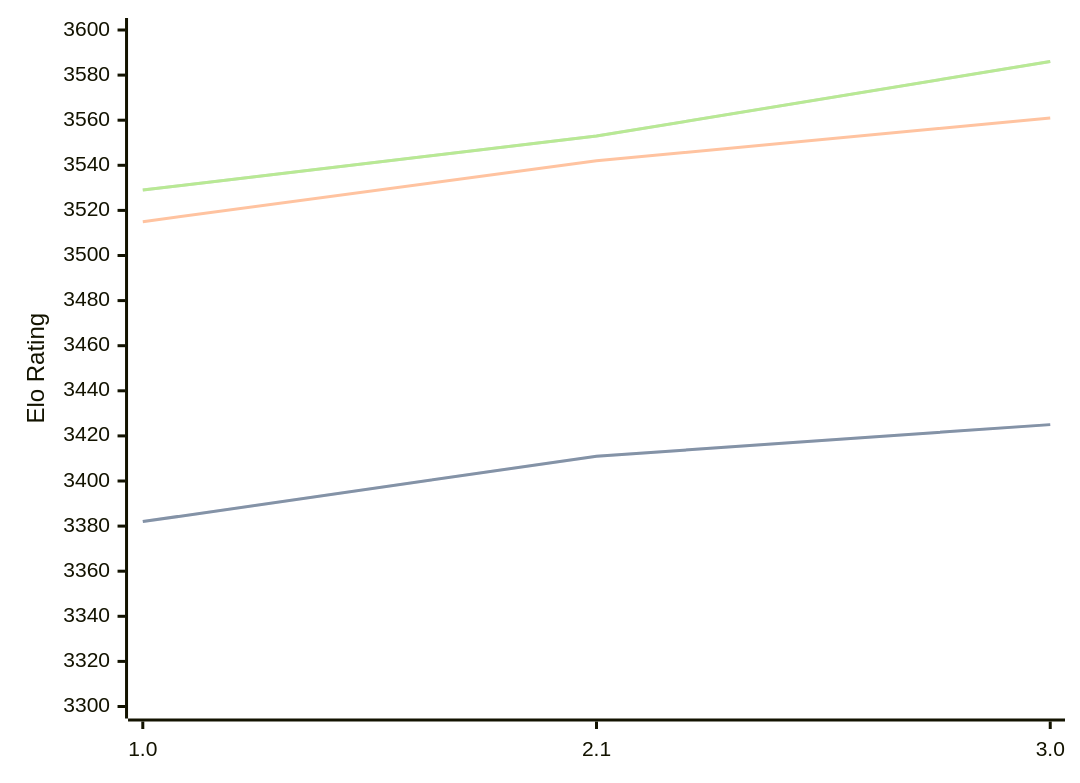
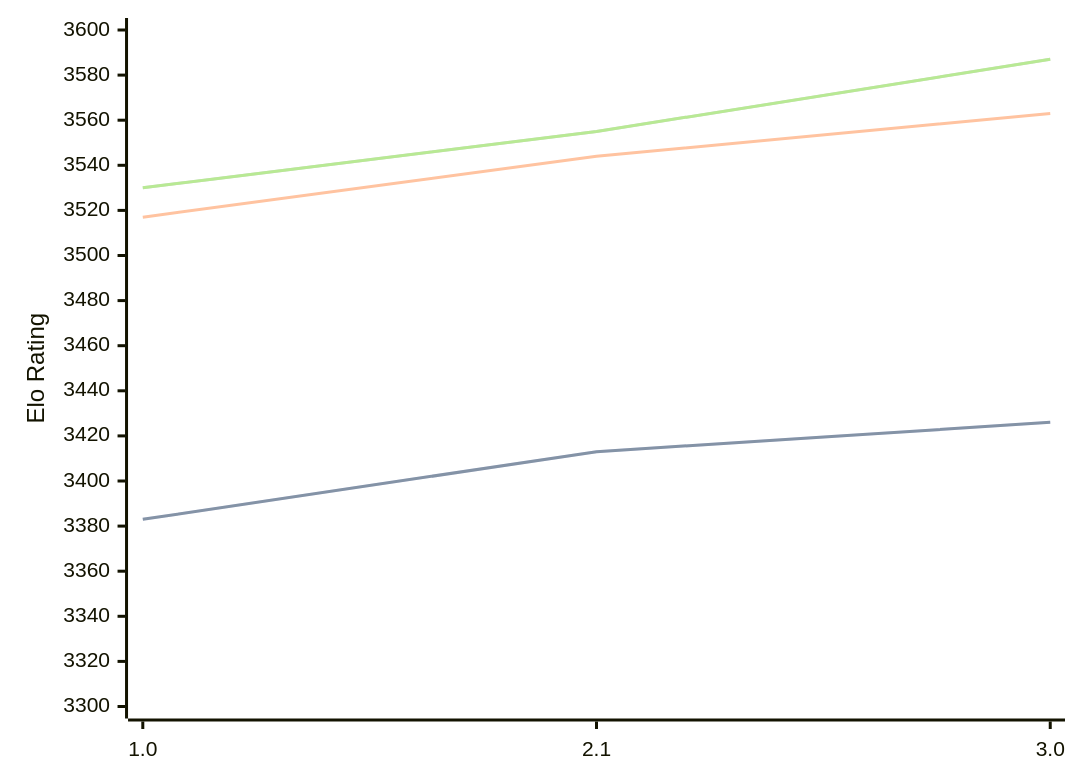
The diagram in engines/Hobbes.md (computer-chess-index/cci), drawn with Mermaid before and after one commit. The commit also changed other lines of this file, not shown here.

Commit message:
Update CCI Ratings (ELO VLTC) - 2026-10-09

````diff
--- a/engines/Hobbes.md
+++ b/engines/Hobbes.md
@@ -33,11 +33,11 @@
 ```mermaid
 %%{init: {"theme":"base","themeVariables":{"seriesColors:['#a3a3a3','#222221','#faa371']}}}%%
 xychart-beta
   x-axis ["1.0", "2.1", "3.0"]
   y-axis "Elo Rating" 3300 --> 3600
-  line "" [3382, 3411, 3425]
-  line "STC (8.0+0.08s)" [3382, 3411, 3425]
-  line "LTC (60.0+0.60s)" [3515, 3542, 3561]
-  line "" [3529, 3553, 3586]
-  line "VLTC (2m24s+1.12s)" [3529, 3553, 3586]
+  line "" [3383, 3413, 3426]
+  line "STC (8.0+0.08s)" [3383, 3413, 3426]
+  line "LTC (60.0+0.60s)" [3517, 3544, 3563]
+  line "" [3530, 3555, 3587]
+  line "VLTC (2m24s+1.12s)" [3530, 3555, 3587]
 ```
````
